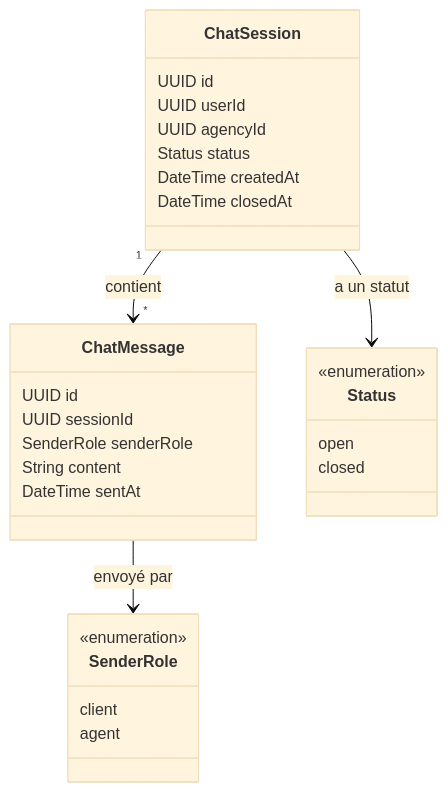
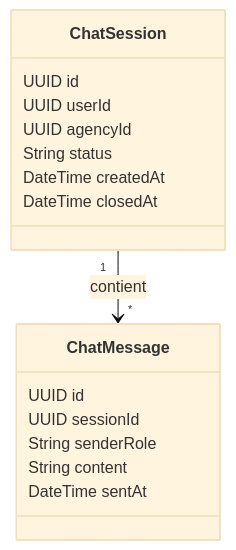
The seventh of 10 diagrams in docs/architecture.md (anthony-openclassroom/p10-yourcaryourway), drawn with Mermaid (base theme) before and after one commit. The commit also changed other lines of this file and 4 other files, not shown here.

````diff
--- a/docs/architecture.md
+++ b/docs/architecture.md
@@ -331,35 +335,21 @@
 ```mermaid
 classDiagram
     class ChatSession {
         UUID id
         UUID userId
         UUID agencyId
-        Status status
+        String status
         DateTime createdAt
         DateTime closedAt
     }
 
     class ChatMessage {
         UUID id
         UUID sessionId
-        SenderRole senderRole
+        String senderRole
         String content
         DateTime sentAt
     }
 
-    class Status {
-        <<enumeration>>
-        open
-        closed
-    }
-
-    class SenderRole {
-        <<enumeration>>
-        client
-        agent
-    }
-
     ChatSession "1" --> "*" ChatMessage : contient
-    ChatSession --> Status : a un statut
-    ChatMessage --> SenderRole : envoyé par
 ```
````
